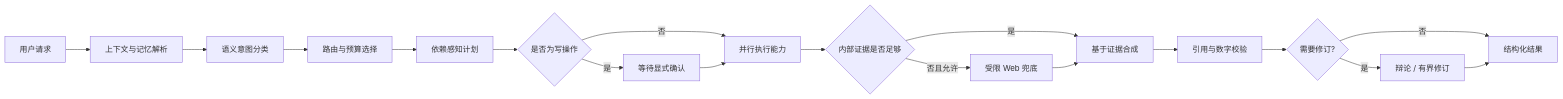
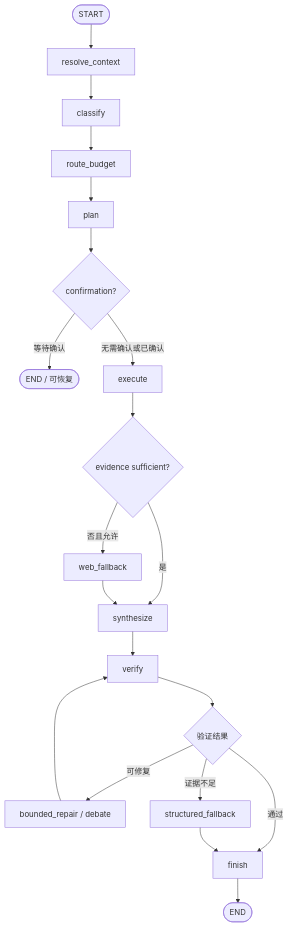
The second of 3 diagrams in README.md (YuhanWang03/market-intelligence-workbench), drawn with Mermaid before and after one commit. The commit also changed 2 other files, not shown here.

Commit message:
docs: align agent architecture diagrams

````diff
--- a/README.md
+++ b/README.md
@@ -120,20 +120,22 @@
 ```mermaid
-flowchart LR
-    A[用户请求] --> B[上下文与记忆解析]
-    B --> C[语义意图分类]
-    C --> D[路由与预算选择]
-    D --> E[依赖感知计划]
-    E --> F{是否为写操作}
-    F -- 是 --> G[等待显式确认]
-    F -- 否 --> H[并行执行能力]
-    G --> H
-    H --> I{内部证据是否足够}
-    I -- 否且允许 --> J[受限 Web 兜底]
-    I -- 是 --> K[基于证据合成]
-    J --> K
-    K --> L[引用与数字校验]
-    L --> M{需要修订?}
-    M -- 是 --> N[辩论 / 有界修订]
-    M -- 否 --> O[结构化结果]
+flowchart TD
+    A([START]) --> B[resolve_context]
+    B --> C[classify]
+    C --> D[route_budget]
+    D --> E[plan]
+    E --> F{confirmation?}
+    F -- 等待确认 --> Z([END / 可恢复])
+    F -- 无需确认或已确认 --> G[execute]
+    G --> H{evidence sufficient?}
+    H -- 否且允许 --> I[web_fallback]
+    H -- 是 --> J[synthesize]
+    I --> J
+    J --> K[verify]
+    K --> L{验证结果}
+    L -- 可修复 --> M[bounded_repair / debate]
+    M --> K
+    L -- 证据不足 --> N[structured_fallback]
+    L -- 通过 --> O[finish]
     N --> O
+    O --> P([END])
 ```
````
